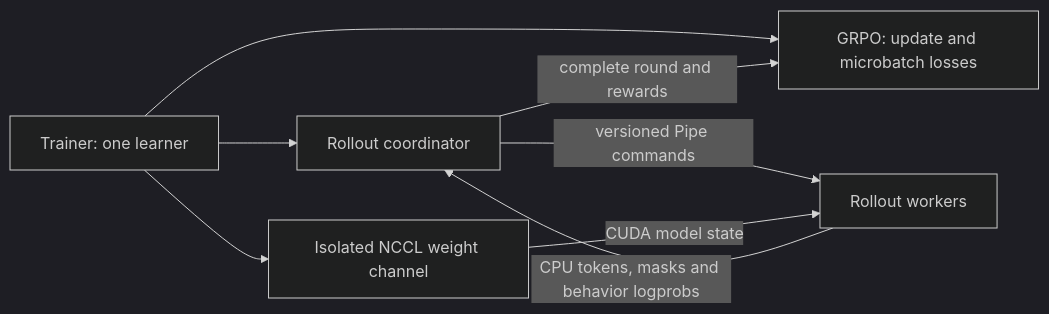
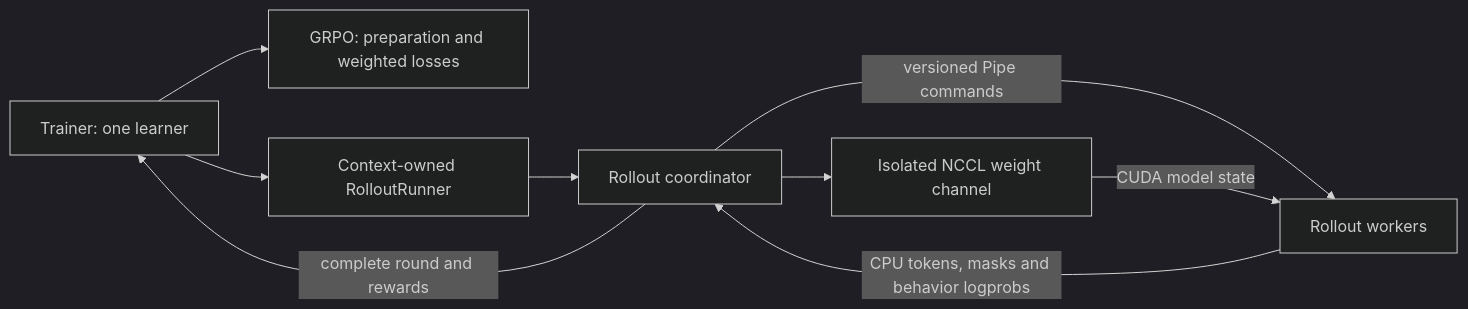
Before and after one commit to ViperEkura/AstrAI: the diagram in docs/developer/trainer/async_round.md, drawn with Mermaid (dark theme). The commit also changed other lines of this file and 32 other files, not shown here.

````diff
--- a/docs/developer/trainer/async_round.md
+++ b/docs/developer/trainer/async_round.md
@@ -15,10 +15,11 @@
 ```mermaid
 flowchart LR
-    Trainer[Trainer: one learner] --> Strategy[GRPO: update and microbatch losses]
-    Trainer --> Coordinator[Rollout coordinator]
+    Trainer[Trainer: one learner] --> Strategy[GRPO: preparation and weighted losses]
+    Trainer --> Runner[Context-owned RolloutRunner]
+    Runner --> Coordinator[Rollout coordinator]
     Coordinator -->|versioned Pipe commands| Workers[Rollout workers]
     Workers -->|CPU tokens, masks and behavior logprobs| Coordinator
-    Coordinator -->|complete round and rewards| Strategy
-    Trainer --> Channel[Isolated NCCL weight channel]
+    Coordinator -->|complete round and rewards| Trainer
+    Coordinator --> Channel[Isolated NCCL weight channel]
     Channel -->|CUDA model state| Workers
 ```
````
